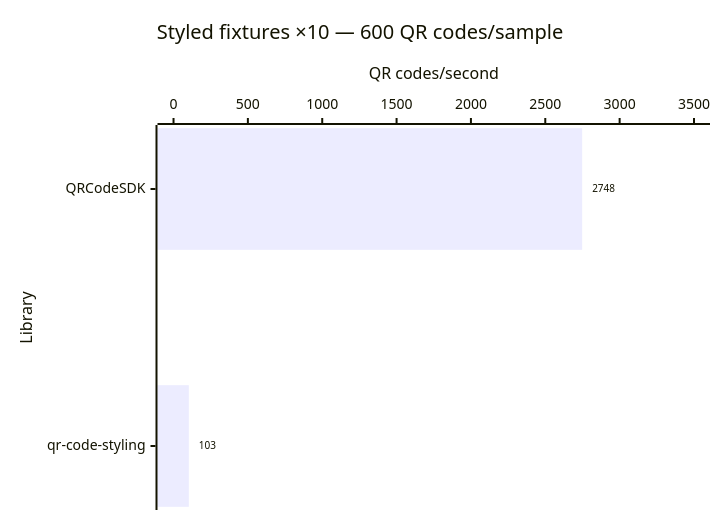
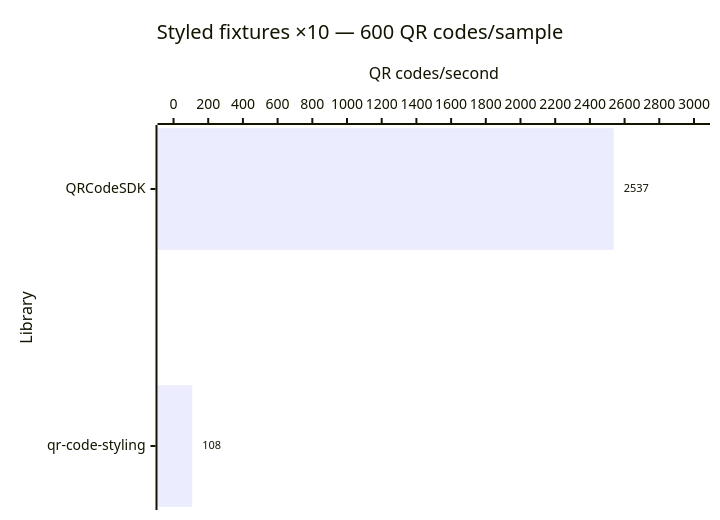
Diagram 13 of 14 in apps/docs/src/content/docs/learn/performance.md (Dafnik/qrcodesdk), drawn with Mermaid before and after one commit. The commit also changed other lines of this file and 381 other files, not shown here.

````diff
--- a/apps/docs/src/content/docs/learn/performance.md
+++ b/apps/docs/src/content/docs/learn/performance.md
@@ -284,15 +284,15 @@
 ```mermaid
 ---
 config:
   xyChart:
     showDataLabel: true
     showDataLabelOutsideBar: true
 ---
 xychart horizontal
   accTitle: Styled SVG generation: Styled fixtures ×10 — 600 QR codes/sample
-  accDescr: Throughput calculated from median time. QRCodeSDK 2,748 QR codes per second, qr-code-styling 103 QR codes per second. Higher is better.
+  accDescr: Throughput calculated from median time. QRCodeSDK 2,537 QR codes per second, qr-code-styling 108 QR codes per second. Higher is better.
   title "Styled fixtures ×10 — 600 QR codes/sample"
   x-axis "Library" ["QRCodeSDK", "qr-code-styling"]
-  y-axis "QR codes/second" 0 --> 3500
-  bar [2748, 103]
+  y-axis "QR codes/second" 0 --> 3000
+  bar [2537, 108]
 ```
````
